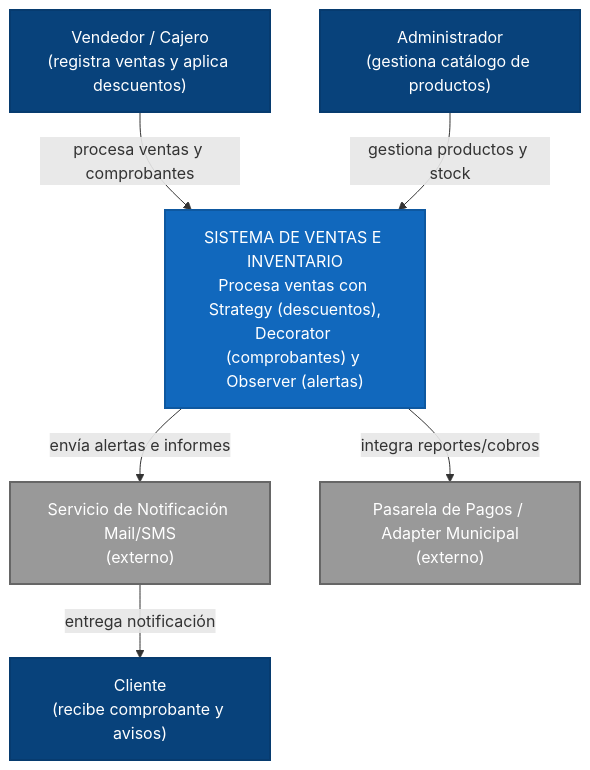
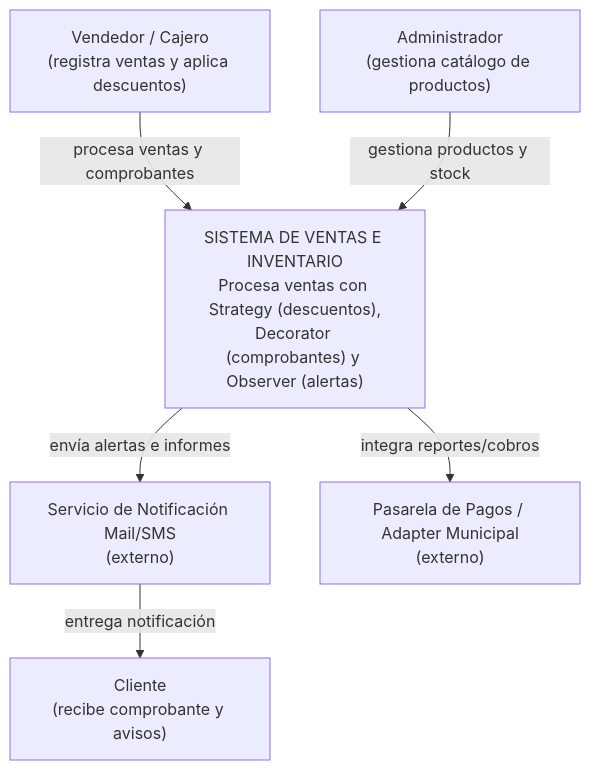
Before and after one commit to goldenBoy16/expediente-arq-rodriguez: the diagram in h4/README.md, drawn with Mermaid.

````diff
--- a/h4/README.md
+++ b/h4/README.md
@@ -3,21 +3,17 @@
 ```mermaid
 graph TD
-    classDef actor fill:#08427b,color:#fff,stroke:#073b6f,stroke-width:2px;
-    classDef system fill:#1168bd,color:#fff,stroke:#0e58a0,stroke-width:2px;
-    classDef external fill:#999999,color:#fff,stroke:#666666,stroke-width:2px;
-
     vendedor["Vendedor / Cajero<br/>(registra ventas y aplica descuentos)"]:::actor
     admin["Administrador<br/>(gestiona catálogo de productos)"]:::actor
     cliente["Cliente<br/>(recibe comprobante y avisos)"]:::actor
 
     sistema["SISTEMA DE VENTAS E INVENTARIO<br/>Procesa ventas con Strategy (descuentos),<br/>Decorator (comprobantes) y Observer (alertas)"]:::system
 
     correo["Servicio de Notificación Mail/SMS<br/>(externo)"]:::external
     pasarela["Pasarela de Pagos / Adapter Municipal<br/>(externo)"]:::external
 
     vendedor -->|procesa ventas y comprobantes| sistema
     admin -->|gestiona productos y stock| sistema
     sistema -->|envía alertas e informes| correo
     correo -->|entrega notificación| cliente
     sistema -->|integra reportes/cobros| pasarela
 ```
````
